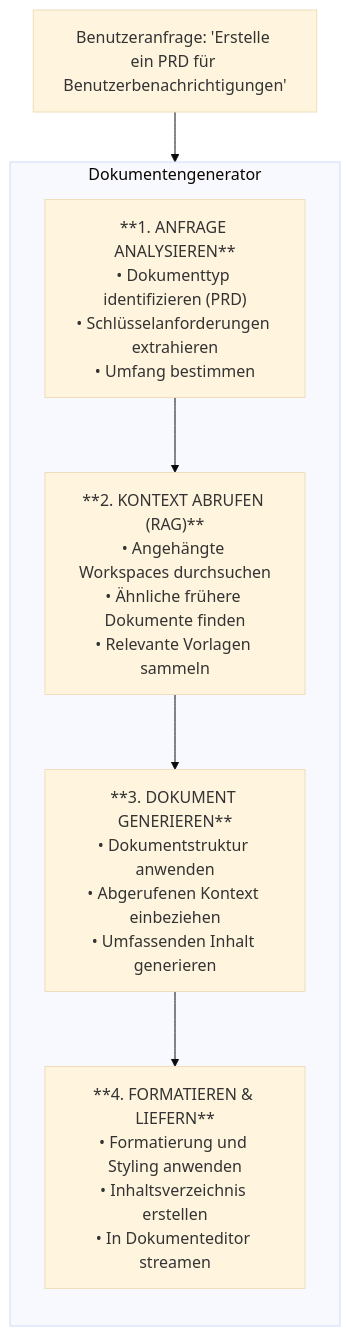
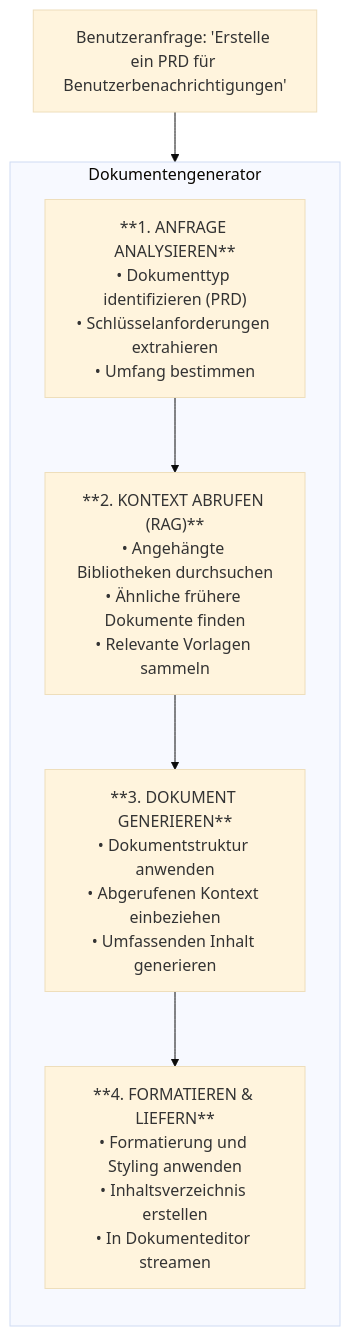
One commit to Fabric-Pro/fabric-oss changed the diagram in apps/web/content/docs/agents/document-generator.de.mdx. Above: the diagram before and after it, drawn with Mermaid (base theme). The commit also changed other lines of this file and 1129 other files, not shown here.

````diff
--- a/apps/web/content/docs/agents/document-generator.de.mdx
+++ b/apps/web/content/docs/agents/document-generator.de.mdx
@@ -24,18 +24,18 @@
 ```mermaid
 flowchart TB
     U["Benutzeranfrage: 'Erstelle ein PRD für Benutzerbenachrichtigungen'"]
     U --> DG
 
     subgraph DG["Dokumentengenerator"]
         direction TB
         S1["**1. ANFRAGE ANALYSIEREN**<br/>• Dokumenttyp identifizieren (PRD)<br/>• Schlüsselanforderungen extrahieren<br/>• Umfang bestimmen"]
 
-        S2["**2. KONTEXT ABRUFEN (RAG)**<br/>• Angehängte Workspaces durchsuchen<br/>• Ähnliche frühere Dokumente finden<br/>• Relevante Vorlagen sammeln"]
+        S2["**2. KONTEXT ABRUFEN (RAG)**<br/>• Angehängte Bibliotheken durchsuchen<br/>• Ähnliche frühere Dokumente finden<br/>• Relevante Vorlagen sammeln"]
 
         S3["**3. DOKUMENT GENERIEREN**<br/>• Dokumentstruktur anwenden<br/>• Abgerufenen Kontext einbeziehen<br/>• Umfassenden Inhalt generieren"]
 
         S4["**4. FORMATIEREN & LIEFERN**<br/>• Formatierung und Styling anwenden<br/>• Inhaltsverzeichnis erstellen<br/>• In Dokumenteditor streamen"]
 
         S1 --> S2 --> S3 --> S4
     end
 ```
````
